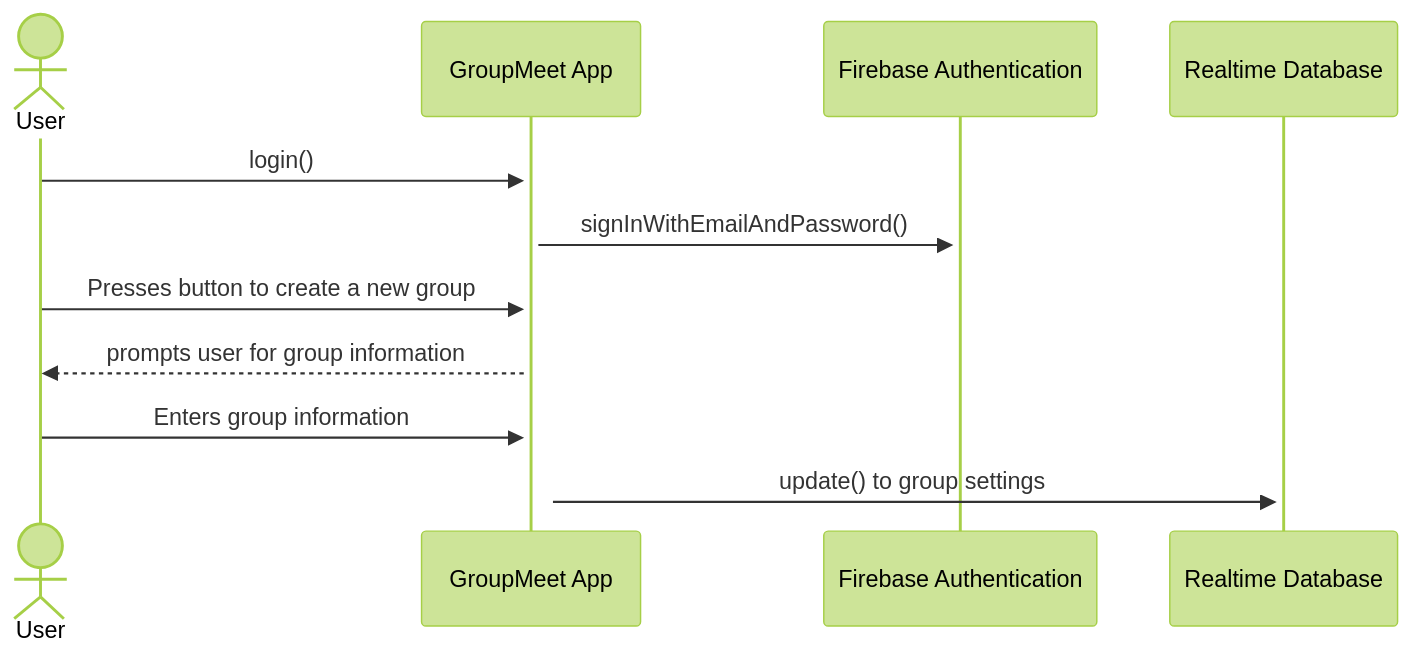
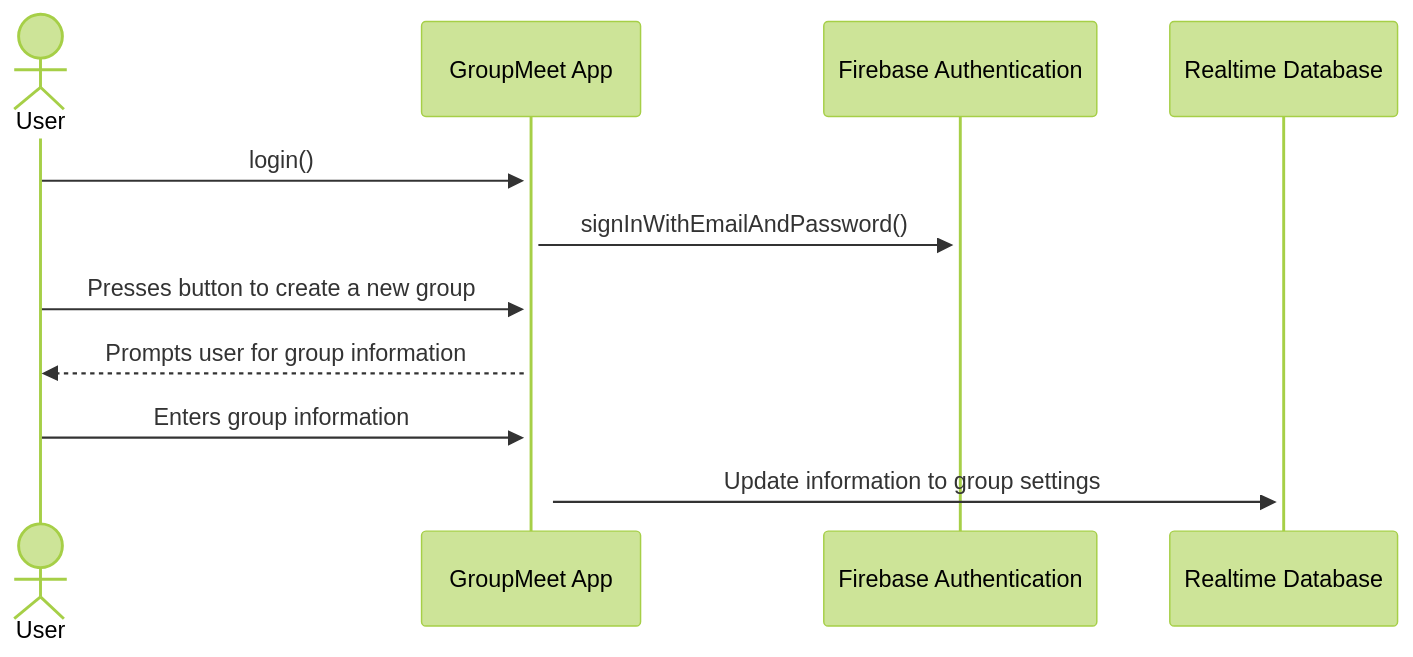
Before and after one commit to Capstone-Projects-2023-Spring/project-groupmeet: the first of 2 diagrams in documentation/docs/system-architecture/design.md, drawn with Mermaid (forest theme). The commit also changed other lines of this file, not shown here.

````diff
--- a/documentation/docs/system-architecture/design.md
+++ b/documentation/docs/system-architecture/design.md
@@ -20,15 +20,15 @@
 ```mermaid
 sequenceDiagram
     actor User
     participant GroupMeet App
     participant Firebase Authentication
     participant Realtime Database
     User->>+ GroupMeet App: login()
     GroupMeet App->>+Firebase Authentication: signInWithEmailAndPassword()
     
     User->>+GroupMeet App: Presses button to create a new group
-    GroupMeet App -->> User: prompts user for group information
+    GroupMeet App -->> User: Prompts user for group information
     User->>+GroupMeet App: Enters group information
 
-    GroupMeet App->>+Realtime Database : update() to group settings
+    GroupMeet App->>+Realtime Database : Update information to group settings
 ```
````
